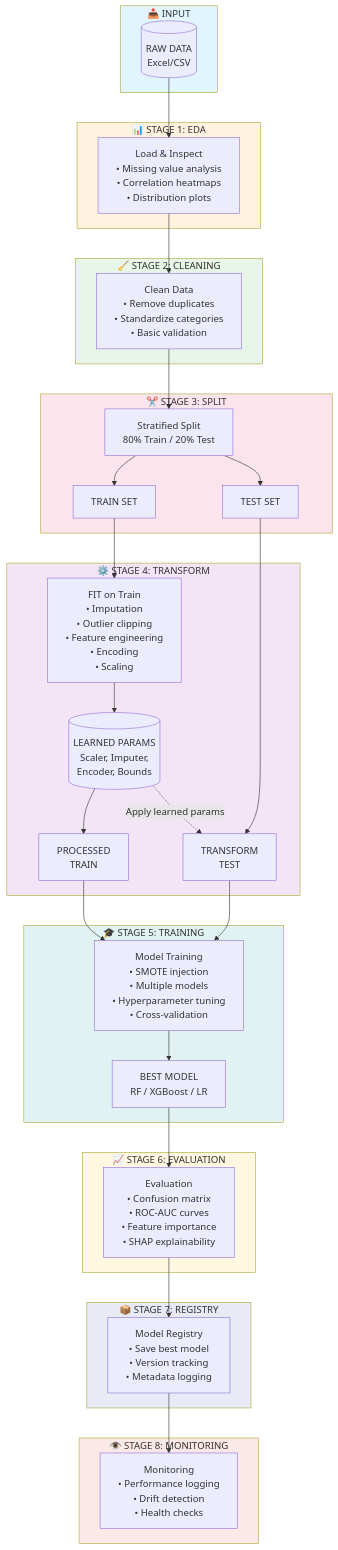
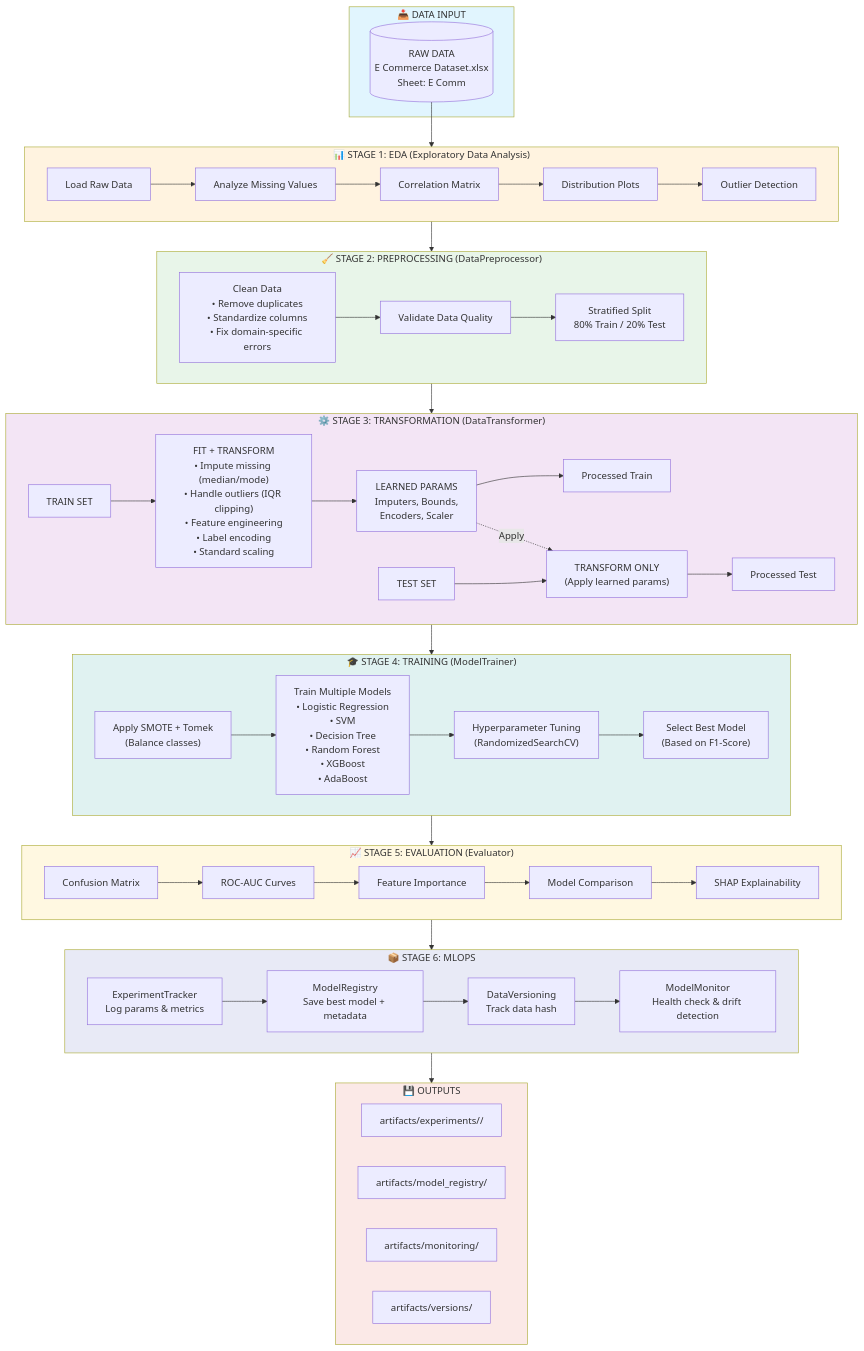
The first of 3 diagrams in README.md (civi0411/Churn_Analys_and_Prediction), drawn with Mermaid before and after one commit. The commit also changed other lines of this file and 5 other files, not shown here.

````diff
--- a/README.md
+++ b/README.md
@@ -28,63 +41,88 @@
 ```mermaid
 flowchart TB
-    subgraph INPUT["📥 INPUT"]
-        A[("RAW DATA<br/>Excel/CSV")]
+    subgraph INPUT["📥 DATA INPUT"]
+        A[("RAW DATA<br/>E Commerce Dataset.xlsx<br/>Sheet: E Comm")]
     end
 
-    subgraph STAGE1["📊 STAGE 1: EDA"]
-        B["Load & Inspect<br/>• Missing value analysis<br/>• Correlation heatmaps<br/>• Distribution plots"]
+    subgraph STAGE1["📊 STAGE 1: EDA (Exploratory Data Analysis)"]
+        B1["Load Raw Data"]
+        B2["Analyze Missing Values"]
+        B3["Correlation Matrix"]
+        B4["Distribution Plots"]
+        B5["Outlier Detection"]
+        B1 --> B2 --> B3 --> B4 --> B5
     end
 
-    subgraph STAGE2["🧹 STAGE 2: CLEANING"]
-        C["Clean Data<br/>• Remove duplicates<br/>• Standardize categories<br/>• Basic validation"]
+    subgraph STAGE2["🧹 STAGE 2: PREPROCESSING (DataPreprocessor)"]
+        C1["Clean Data<br/>• Remove duplicates<br/>• Standardize columns<br/>• Fix domain-specific errors"]
+        C2["Validate Data Quality"]
+        C3["Stratified Split<br/>80% Train / 20% Test"]
+        C1 --> C2 --> C3
     end
 
-    subgraph STAGE3["✂️ STAGE 3: SPLIT"]
-        D["Stratified Split<br/>80% Train / 20% Test"]
-        E["TRAIN SET"]
-        F["TEST SET"]
+    subgraph STAGE3["⚙️ STAGE 3: TRANSFORMATION (DataTransformer)"]
+        D1["TRAIN SET"]
+        D2["FIT + TRANSFORM<br/>• Impute missing (median/mode)<br/>• Handle outliers (IQR clipping)<br/>• Feature engineering<br/>• Label encoding<br/>• Standard scaling"]
+        D3["LEARNED PARAMS<br/>Imputers, Bounds,<br/>Encoders, Scaler"]
+        D4["TEST SET"]
+        D5["TRANSFORM ONLY<br/>(Apply learned params)"]
+        D6["Processed Train"]
+        D7["Processed Test"]
+        
+        D1 --> D2
+        D2 --> D3
+        D3 --> D6
+        D4 --> D5
+        D3 -.->|"Apply"| D5
+        D5 --> D7
     end
 
-    subgraph STAGE4["⚙️ STAGE 4: TRANSFORM"]
-        G["FIT on Train<br/>• Imputation<br/>• Outlier clipping<br/>• Feature engineering<br/>• Encoding<br/>• Scaling"]
-        H[("LEARNED PARAMS<br/>Scaler, Imputer,<br/>Encoder, Bounds")]
-        I["PROCESSED<br/>TRAIN"]
-        J["TRANSFORM<br/>TEST"]
+    subgraph STAGE4["🎓 STAGE 4: TRAINING (ModelTrainer)"]
+        E1["Apply SMOTE + Tomek<br/>(Balance classes)"]
+        E2["Train Multiple Models<br/>• Logistic Regression<br/>• SVM<br/>• Decision Tree<br/>• Random Forest<br/>• XGBoost<br/>• AdaBoost"]
+        E3["Hyperparameter Tuning<br/>(RandomizedSearchCV)"]
+        E4["Select Best Model<br/>(Based on F1-Score)"]
+        E1 --> E2 --> E3 --> E4
     end
 
-    subgraph STAGE5["🎓 STAGE 5: TRAINING"]
-        K["Model Training<br/>• SMOTE injection<br/>• Multiple models<br/>• Hyperparameter tuning<br/>• Cross-validation"]
-        L["BEST MODEL<br/>RF / XGBoost / LR"]
+    subgraph STAGE5["📈 STAGE 5: EVALUATION (Evaluator)"]
+        F1["Confusion Matrix"]
+        F2["ROC-AUC Curves"]
+        F3["Feature Importance"]
+        F4["Model Comparison"]
+        F5["SHAP Explainability"]
+        F1 --> F2 --> F3 --> F4 --> F5
     end
 
-    subgraph STAGE6["📈 STAGE 6: EVALUATION"]
-        M["Evaluation<br/>• Confusion matrix<br/>• ROC-AUC curves<br/>• Feature importance<br/>• SHAP explainability"]
+    subgraph STAGE6["📦 STAGE 6: MLOPS"]
+        G1["ExperimentTracker<br/>Log params & metrics"]
+        G2["ModelRegistry<br/>Save best model + metadata"]
+        G3["DataVersioning<br/>Track data hash"]
+        G4["ModelMonitor<br/>Health check & drift detection"]
+        G1 --> G2 --> G3 --> G4
     end
 
-    subgraph STAGE7["📦 STAGE 7: REGISTRY"]
-        N["Model Registry<br/>• Save best model<br/>• Version tracking<br/>• Metadata logging"]
+    subgraph OUTPUT["💾 OUTPUTS"]
+        H1["artifacts/experiments/<run_id>/"]
+        H2["artifacts/model_registry/"]
+        H3["artifacts/monitoring/"]
+        H4["artifacts/versions/"]
     end
 
-    subgraph STAGE8["👁️ STAGE 8: MONITORING"]
-        O["Monitoring<br/>• Performance logging<br/>• Drift detection<br/>• Health checks"]
-    end
-
-    A --> B --> C --> D
-    D --> E & F
-    E --> G
-    G --> H
-    H --> I
-    H -.->|"Apply learned params"| J
-    F --> J
-    I & J --> K --> L --> M --> N --> O
+    A --> STAGE1
+    STAGE1 --> STAGE2
+    STAGE2 --> STAGE3
+    STAGE3 --> STAGE4
+    STAGE4 --> STAGE5
+    STAGE5 --> STAGE6
+    STAGE6 --> OUTPUT
 
     style INPUT fill:#e1f5fe
     style STAGE1 fill:#fff3e0
     style STAGE2 fill:#e8f5e9
-    style STAGE3 fill:#fce4ec
-    style STAGE4 fill:#f3e5f5
-    style STAGE5 fill:#e0f2f1
-    style STAGE6 fill:#fff8e1
-    style STAGE7 fill:#e8eaf6
-    style STAGE8 fill:#fbe9e7
+    style STAGE3 fill:#f3e5f5
+    style STAGE4 fill:#e0f2f1
+    style STAGE5 fill:#fff8e1
+    style STAGE6 fill:#e8eaf6
+    style OUTPUT fill:#fbe9e7
 ```
````
